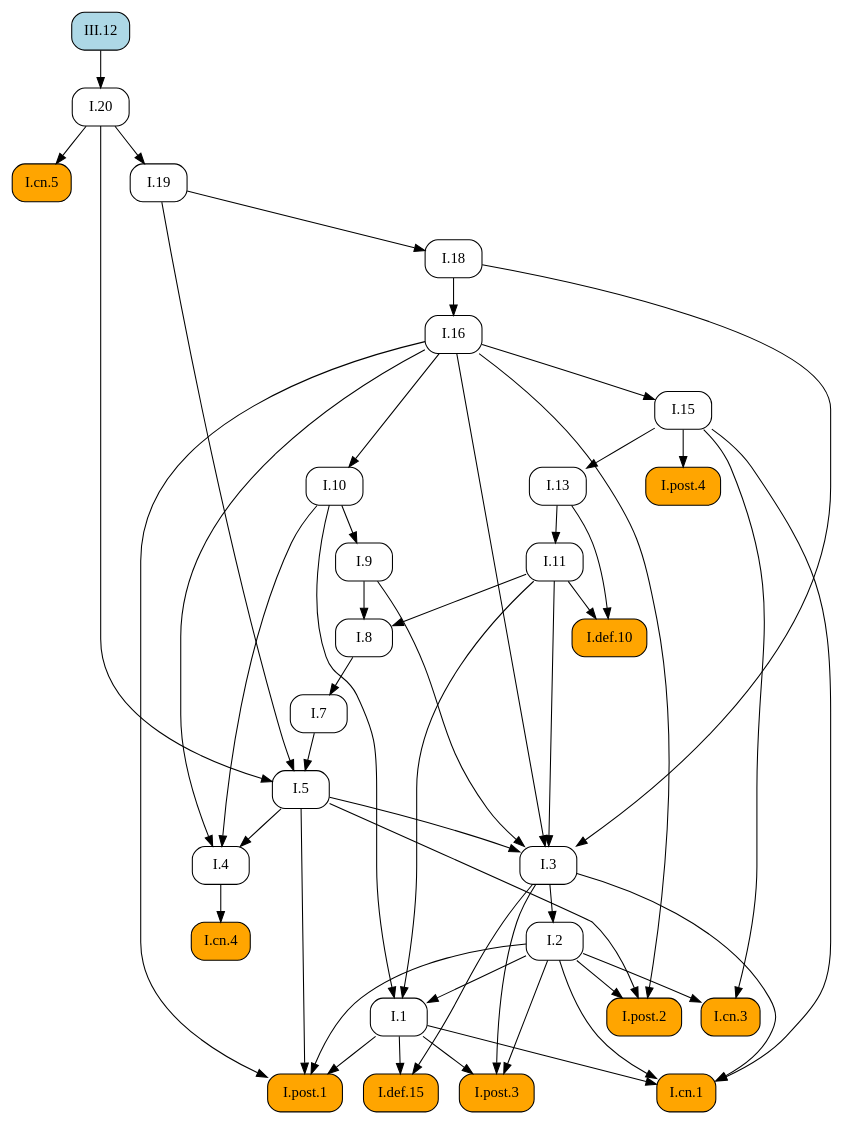
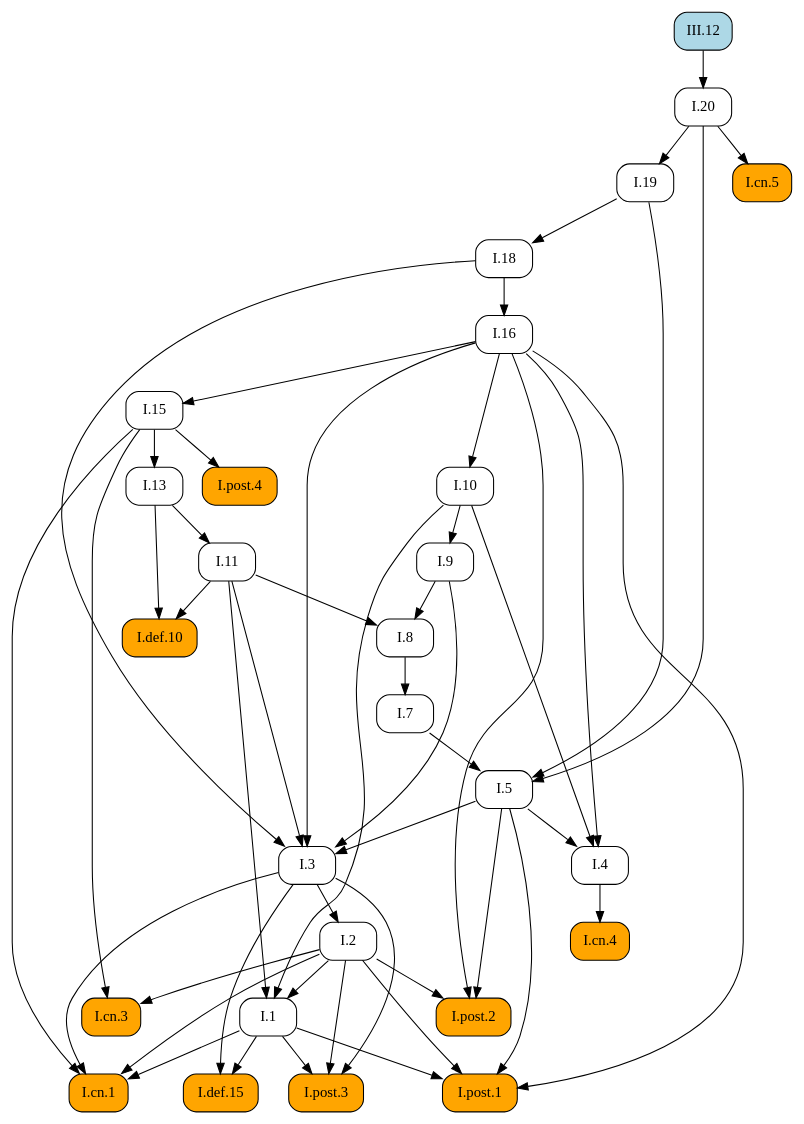
One commit to geometor/elements changed the diagram in docsrc/heath/III/12/index.rst. Above: the diagram before and after it, drawn with Graphviz. The commit also changed other lines of this file and 484 other files, not shown here.

```diff
--- a/docsrc/heath/III/12/index.rst
+++ b/docsrc/heath/III/12/index.rst
@@ -66,81 +66,81 @@
    digraph {
      rankdir="TB";
      node [shape=box, style=rounded];
-     "I.def.10" [style="rounded,filled", fillcolor=orange, URL="/heath/I/def.10/", target="_top"];
-     "I.cn.5" [style="rounded,filled", fillcolor=orange, URL="/heath/I/cn.5/", target="_top"];
-     "I.post.4" [style="rounded,filled", fillcolor=orange, URL="/heath/I/post.4/", target="_top"];
-     "I.1" [URL="/heath/I/1/", target="_top"];
-     "I.11" [URL="/heath/I/11/", target="_top"];
-     "I.7" [URL="/heath/I/7/", target="_top"];
-     "I.20" [URL="/heath/I/20/", target="_top"];
-     "I.3" [URL="/heath/I/3/", target="_top"];
-     "I.2" [URL="/heath/I/2/", target="_top"];
-     "I.4" [URL="/heath/I/4/", target="_top"];
-     "I.13" [URL="/heath/I/13/", target="_top"];
-     "I.post.2" [style="rounded,filled", fillcolor=orange, URL="/heath/I/post.2/", target="_top"];
-     "I.18" [URL="/heath/I/18/", target="_top"];
-     "I.16" [URL="/heath/I/16/", target="_top"];
-     "I.def.15" [style="rounded,filled", fillcolor=orange, URL="/heath/I/def.15/", target="_top"];
-     "I.19" [URL="/heath/I/19/", target="_top"];
-     "I.post.3" [style="rounded,filled", fillcolor=orange, URL="/heath/I/post.3/", target="_top"];
      "I.9" [URL="/heath/I/9/", target="_top"];
      "I.cn.1" [style="rounded,filled", fillcolor=orange, URL="/heath/I/cn.1/", target="_top"];
+     "I.7" [URL="/heath/I/7/", target="_top"];
+     "I.2" [URL="/heath/I/2/", target="_top"];
+     "I.def.15" [style="rounded,filled", fillcolor=orange, URL="/heath/I/def.15/", target="_top"];
+     "I.13" [URL="/heath/I/13/", target="_top"];
+     "I.post.4" [style="rounded,filled", fillcolor=orange, URL="/heath/I/post.4/", target="_top"];
+     "I.4" [URL="/heath/I/4/", target="_top"];
+     "I.1" [URL="/heath/I/1/", target="_top"];
+     "I.post.3" [style="rounded,filled", fillcolor=orange, URL="/heath/I/post.3/", target="_top"];
+     "I.post.1" [style="rounded,filled", fillcolor=orange, URL="/heath/I/post.1/", target="_top"];
+     "I.5" [URL="/heath/I/5/", target="_top"];
+     "I.19" [URL="/heath/I/19/", target="_top"];
+     "I.8" [URL="/heath/I/8/", target="_top"];
      "I.cn.3" [style="rounded,filled", fillcolor=orange, URL="/heath/I/cn.3/", target="_top"];
-     "I.8" [URL="/heath/I/8/", target="_top"];
+     "I.16" [URL="/heath/I/16/", target="_top"];
+     "I.20" [URL="/heath/I/20/", target="_top"];
+     "I.def.10" [style="rounded,filled", fillcolor=orange, URL="/heath/I/def.10/", target="_top"];
+     "I.18" [URL="/heath/I/18/", target="_top"];
+     "I.15" [URL="/heath/I/15/", target="_top"];
+     "I.10" [URL="/heath/I/10/", target="_top"];
+     "I.11" [URL="/heath/I/11/", target="_top"];
+     "III.12" [style="rounded,filled", fillcolor=lightblue, URL="/heath/III/12/", target="_top"];
      "I.cn.4" [style="rounded,filled", fillcolor=orange, URL="/heath/I/cn.4/", target="_top"];
-     "I.15" [URL="/heath/I/15/", target="_top"];
-     "III.12" [style="rounded,filled", fillcolor=lightblue, URL="/heath/III/12/", target="_top"];
-     "I.post.1" [style="rounded,filled", fillcolor=orange, URL="/heath/I/post.1/", target="_top"];
-     "I.10" [URL="/heath/I/10/", target="_top"];
-     "I.5" [URL="/heath/I/5/", target="_top"];
-     "I.11" -> "I.def.10";
-     "I.13" -> "I.def.10";
-     "I.20" -> "I.cn.5";
+     "I.post.2" [style="rounded,filled", fillcolor=orange, URL="/heath/I/post.2/", target="_top"];
+     "I.cn.5" [style="rounded,filled", fillcolor=orange, URL="/heath/I/cn.5/", target="_top"];
+     "I.3" [URL="/heath/I/3/", target="_top"];
+     "I.10" -> "I.9";
+     "I.1" -> "I.cn.1";
+     "I.2" -> "I.cn.1";
+     "I.3" -> "I.cn.1";
+     "I.15" -> "I.cn.1";
+     "I.8" -> "I.7";
+     "I.3" -> "I.2";
+     "I.1" -> "I.def.15";
+     "I.3" -> "I.def.15";
+     "I.15" -> "I.13";
      "I.15" -> "I.post.4";
+     "I.5" -> "I.4";
+     "I.10" -> "I.4";
+     "I.16" -> "I.4";
      "I.2" -> "I.1";
      "I.10" -> "I.1";
      "I.11" -> "I.1";
+     "I.1" -> "I.post.3";
+     "I.2" -> "I.post.3";
+     "I.3" -> "I.post.3";
+     "I.1" -> "I.post.1";
+     "I.2" -> "I.post.1";
+     "I.5" -> "I.post.1";
+     "I.16" -> "I.post.1";
+     "I.7" -> "I.5";
+     "I.19" -> "I.5";
+     "I.20" -> "I.5";
+     "I.20" -> "I.19";
+     "I.9" -> "I.8";
+     "I.11" -> "I.8";
+     "I.2" -> "I.cn.3";
+     "I.15" -> "I.cn.3";
+     "I.18" -> "I.16";
+     "III.12" -> "I.20";
+     "I.11" -> "I.def.10";
+     "I.13" -> "I.def.10";
+     "I.19" -> "I.18";
+     "I.16" -> "I.15";
+     "I.16" -> "I.10";
      "I.13" -> "I.11";
-     "I.8" -> "I.7";
-     "III.12" -> "I.20";
+     "I.4" -> "I.cn.4";
+     "I.2" -> "I.post.2";
+     "I.5" -> "I.post.2";
+     "I.16" -> "I.post.2";
+     "I.20" -> "I.cn.5";
      "I.5" -> "I.3";
      "I.9" -> "I.3";
      "I.11" -> "I.3";
      "I.16" -> "I.3";
      "I.18" -> "I.3";
-     "I.3" -> "I.2";
-     "I.5" -> "I.4";
-     "I.10" -> "I.4";
-     "I.16" -> "I.4";
-     "I.15" -> "I.13";
-     "I.2" -> "I.post.2";
-     "I.5" -> "I.post.2";
-     "I.16" -> "I.post.2";
-     "I.19" -> "I.18";
-     "I.18" -> "I.16";
-     "I.1" -> "I.def.15";
-     "I.3" -> "I.def.15";
-     "I.20" -> "I.19";
-     "I.1" -> "I.post.3";
-     "I.2" -> "I.post.3";
-     "I.3" -> "I.post.3";
-     "I.10" -> "I.9";
-     "I.1" -> "I.cn.1";
-     "I.2" -> "I.cn.1";
-     "I.3" -> "I.cn.1";
-     "I.15" -> "I.cn.1";
-     "I.2" -> "I.cn.3";
-     "I.15" -> "I.cn.3";
-     "I.9" -> "I.8";
-     "I.11" -> "I.8";
-     "I.4" -> "I.cn.4";
-     "I.16" -> "I.15";
-     "I.1" -> "I.post.1";
-     "I.2" -> "I.post.1";
-     "I.5" -> "I.post.1";
-     "I.16" -> "I.post.1";
-     "I.16" -> "I.10";
-     "I.7" -> "I.5";
-     "I.19" -> "I.5";
-     "I.20" -> "I.5";
    }
```
